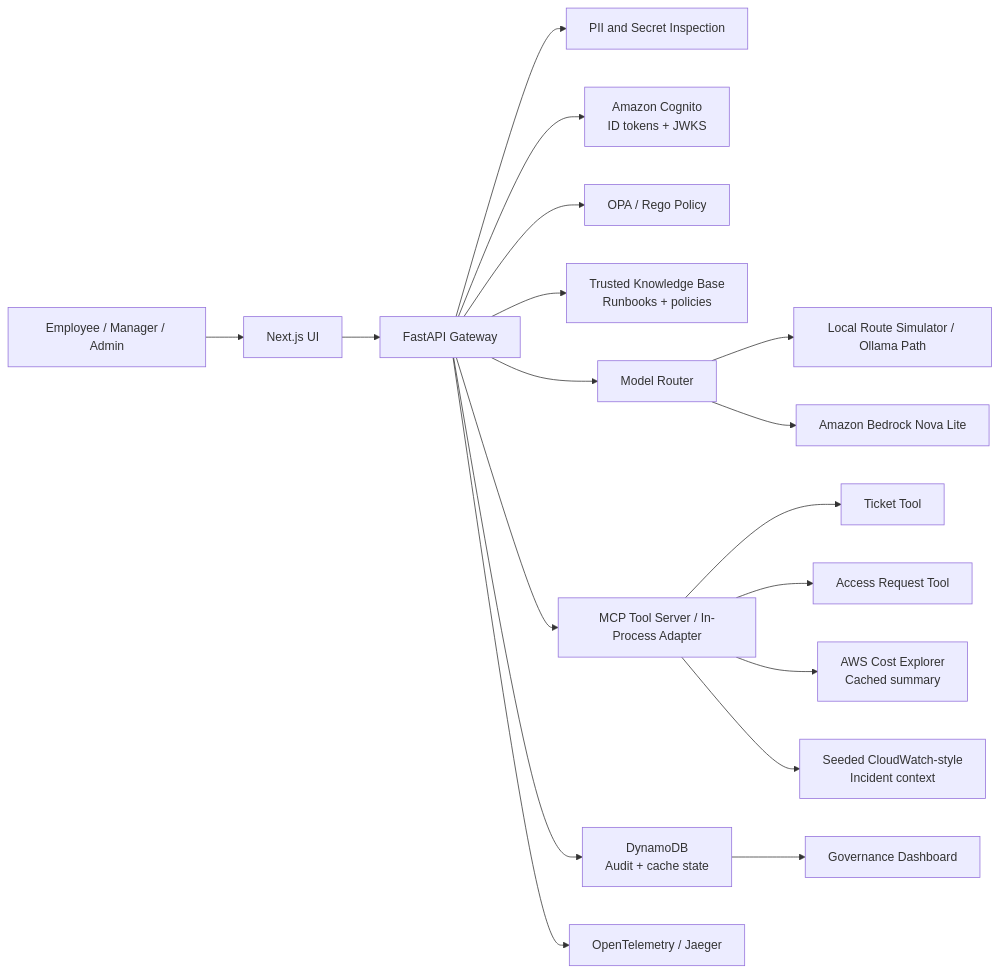
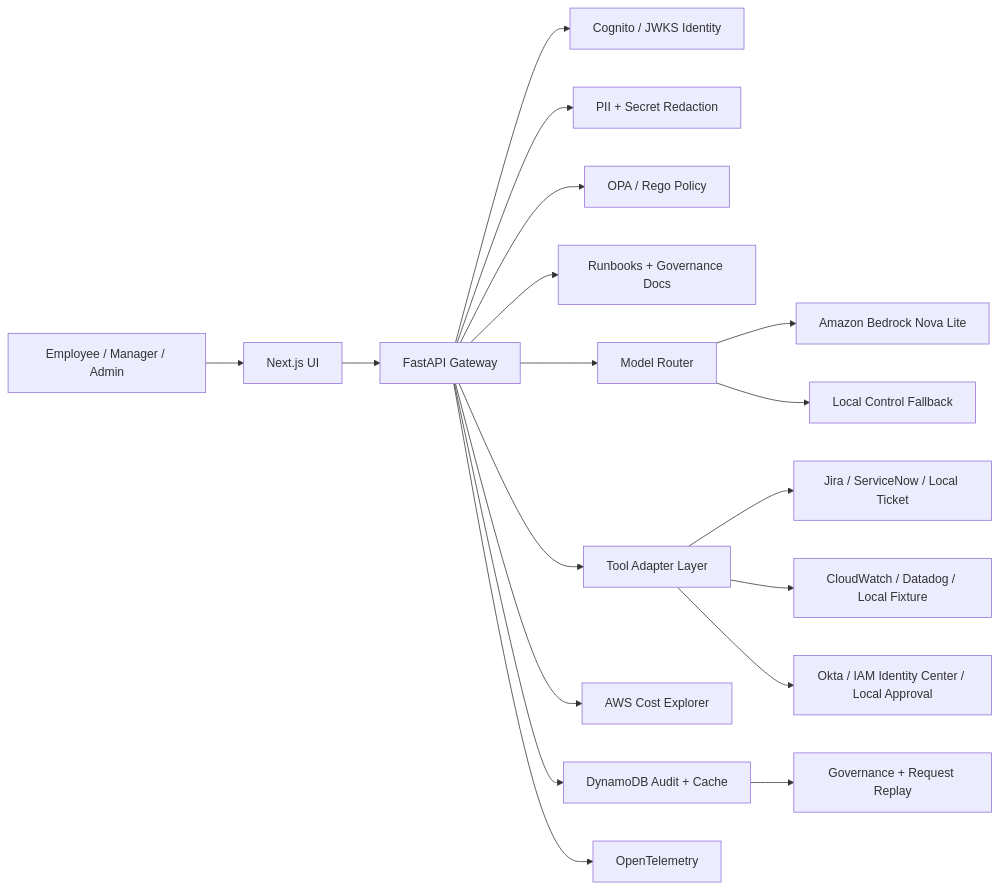
The diagram in README.md (manynames3/aegisdesk-cloudops-control-plane), drawn with Mermaid before and after one commit. The commit also changed other lines of this file and 73 other files, not shown here.

````diff
--- a/README.md
+++ b/README.md
@@ -105,20 +78,20 @@
 ```mermaid
 flowchart LR
     User["Employee / Manager / Admin"] --> Web["Next.js UI"]
     Web --> API["FastAPI Gateway"]
-    API --> Redaction["PII and Secret Inspection"]
-    API --> Cognito["Amazon Cognito<br/>ID tokens + JWKS"]
+    API --> Cognito["Cognito / JWKS Identity"]
+    API --> Redaction["PII + Secret Redaction"]
     API --> OPA["OPA / Rego Policy"]
-    API --> Knowledge["Trusted Knowledge Base<br/>Runbooks + policies"]
+    API --> Knowledge["Runbooks + Governance Docs"]
     API --> Router["Model Router"]
-    Router --> Local["Local Route Simulator / Ollama Path"]
-    Router --> Cloud["Amazon Bedrock Nova Lite"]
-    API --> Tools["MCP Tool Server / In-Process Adapter"]
-    Tools --> Ticket["Ticket Tool"]
-    Tools --> Access["Access Request Tool"]
-    Tools --> Cost["AWS Cost Explorer<br/>Cached summary"]
-    Tools --> Logs["Seeded CloudWatch-style<br/>Incident context"]
-    API --> Audit["DynamoDB<br/>Audit + cache state"]
-    API --> Trace["OpenTelemetry / Jaeger"]
-    Audit --> Dashboard["Governance Dashboard"]
+    Router --> Bedrock["Amazon Bedrock Nova Lite"]
+    Router --> Local["Local Control Fallback"]
+    API --> Adapters["Tool Adapter Layer"]
+    Adapters --> Tickets["Jira / ServiceNow / Local Ticket"]
+    Adapters --> Incidents["CloudWatch / Datadog / Local Fixture"]
+    Adapters --> Access["Okta / IAM Identity Center / Local Approval"]
+    API --> Cost["AWS Cost Explorer"]
+    API --> Audit["DynamoDB Audit + Cache"]
+    API --> Trace["OpenTelemetry"]
+    Audit --> Governance["Governance + Request Replay"]
 ```
````
